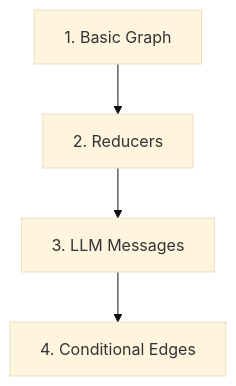
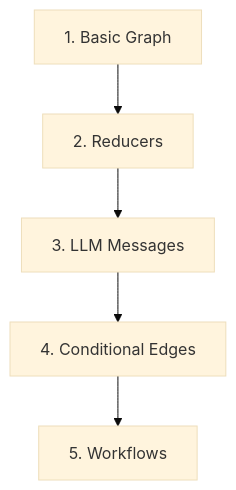
Before and after one commit to Walid-Ahmed/langgraph-tutorials: the second of 2 diagrams in README.md, drawn with Mermaid (base theme). The commit also changed other lines of this file and 8 other files, not shown here.

````diff
--- a/README.md
+++ b/README.md
@@ -34,6 +34,7 @@
 ```mermaid
 flowchart TD
     A["1. Basic Graph"] --> B["2. Reducers"]
     B --> C["3. LLM Messages"]
     C --> D["4. Conditional Edges"]
+    D --> E["5. Workflows"]
 ```
````
